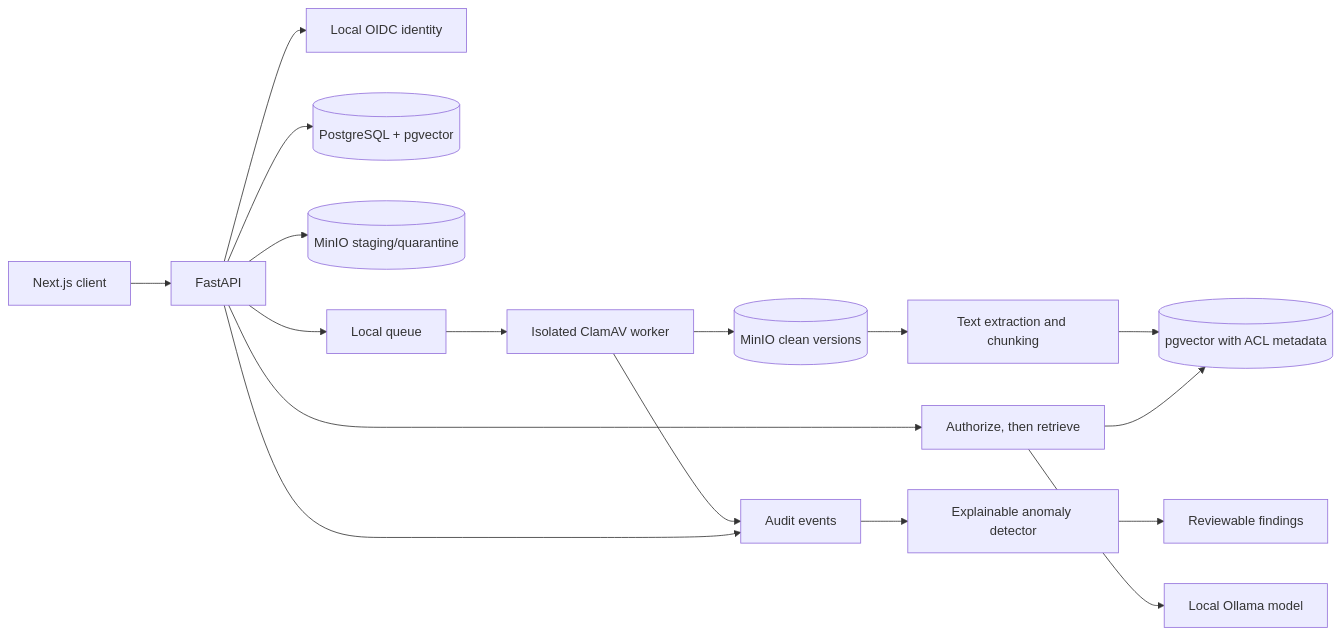
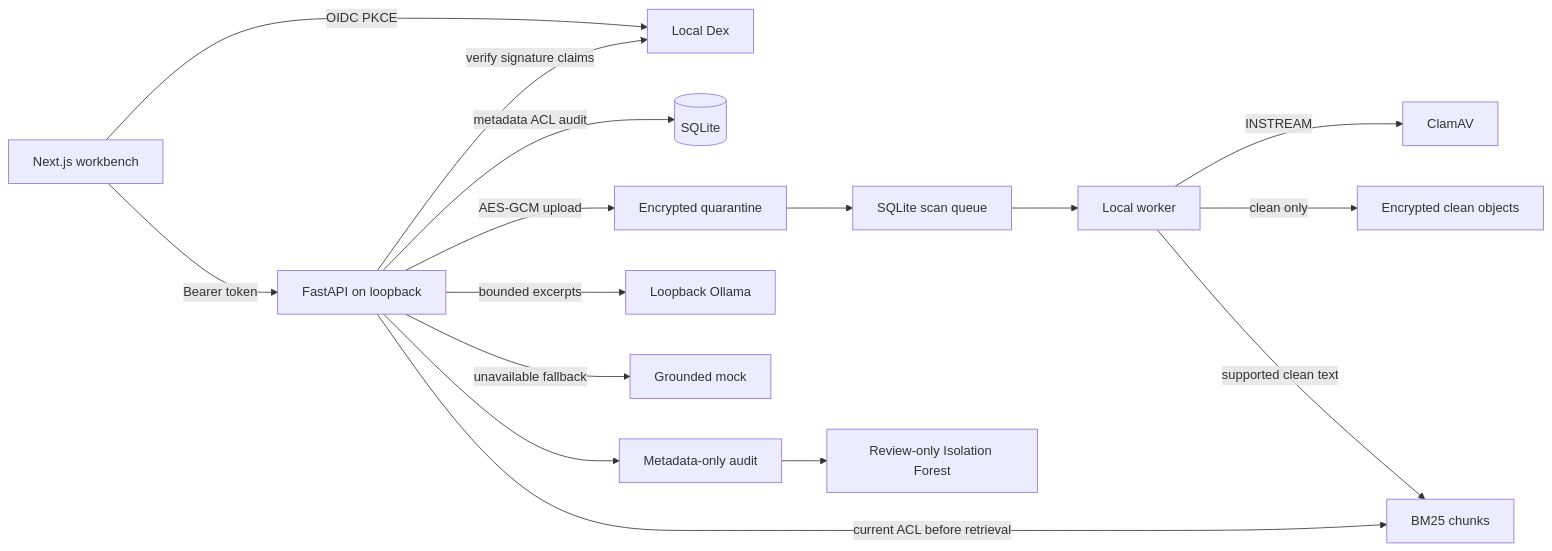
One commit to Kumar352/Cloud-Vault changed the diagram in docs/architecture.md. Above: the diagram before and after it, drawn with Mermaid. The commit also changed other lines of this file and 48 other files, not shown here.

````diff
--- a/docs/architecture.md
+++ b/docs/architecture.md
@@ -5,19 +13,18 @@
 ```mermaid
 flowchart LR
-  U[Next.js client] --> API[FastAPI]
-  API --> AUTH[Local OIDC identity]
-  API --> DB[(PostgreSQL + pgvector)]
-  API --> STAGE[(MinIO staging/quarantine)]
-  API --> Q[Local queue]
-  Q --> SCAN[Isolated ClamAV worker]
-  SCAN --> CLEAN[(MinIO clean versions)]
-  SCAN --> AUD[Audit events]
-  API --> AUD
-  CLEAN --> ING[Text extraction and chunking]
-  ING --> VDB[(pgvector with ACL metadata)]
-  API --> RET[Authorize, then retrieve]
-  RET --> LLM[Local Ollama model]
-  RET --> VDB
-  AUD --> ML[Explainable anomaly detector]
-  ML --> FIND[Reviewable findings]
+    Browser[Next.js workbench] -->|OIDC PKCE| Dex[Local Dex]
+    Browser -->|Bearer token| API[FastAPI on loopback]
+    API -->|verify signature claims| Dex
+    API -->|metadata ACL audit| DB[(SQLite)]
+    API -->|AES-GCM upload| Q[Encrypted quarantine]
+    Q --> Queue[SQLite scan queue]
+    Queue --> Worker[Local worker]
+    Worker -->|INSTREAM| AV[ClamAV]
+    Worker -->|clean only| C[Encrypted clean objects]
+    Worker -->|supported clean text| Index[BM25 chunks]
+    API -->|current ACL before retrieval| Index
+    API -->|bounded excerpts| Ollama[Loopback Ollama]
+    API -->|unavailable fallback| Mock[Grounded mock]
+    API --> Audit[Metadata-only audit]
+    Audit --> ML[Review-only Isolation Forest]
 ```
````
